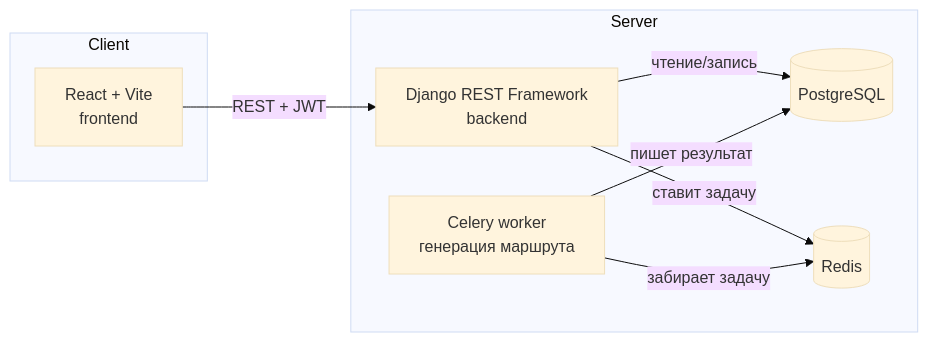
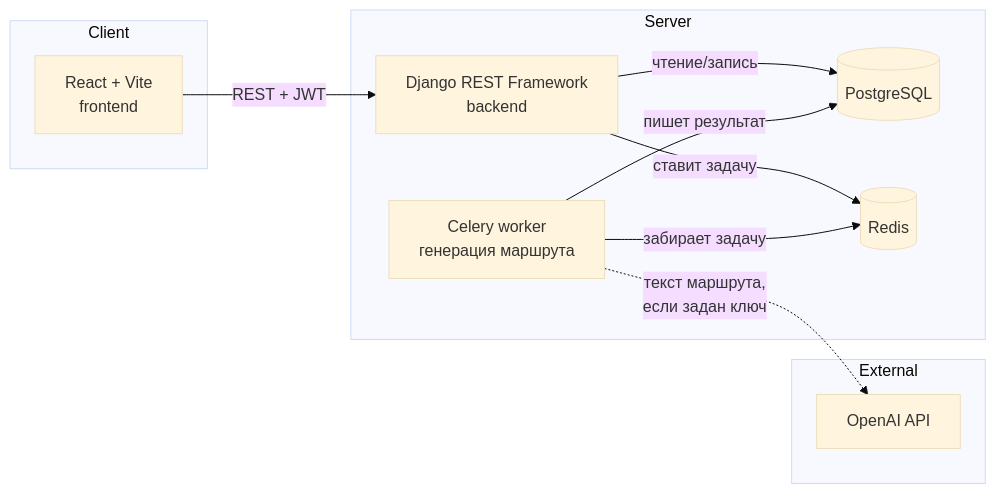
Before and after one commit to ArtaTOPprog/Rodnoy_code: the first of 2 diagrams in README.md, drawn with Mermaid (base theme). The commit also changed other lines of this file, not shown here.

````diff
--- a/README.md
+++ b/README.md
@@ -48,19 +51,24 @@
 ```mermaid
 flowchart LR
     subgraph Client
         FE[React + Vite<br/>frontend]
     end
 
     subgraph Server
         API[Django REST Framework<br/>backend]
         Worker[Celery worker<br/>генерация маршрута]
         DB[(PostgreSQL)]
         Cache[(Redis)]
     end
 
+    subgraph External
+        OpenAI[OpenAI API]
+    end
+
     FE -- "REST + JWT" --> API
     API -- "чтение/запись" --> DB
     API -- "ставит задачу" --> Cache
     Worker -- "забирает задачу" --> Cache
     Worker -- "пишет результат" --> DB
+    Worker -. "текст маршрута,<br/>если задан ключ" .-> OpenAI
 ```
````
